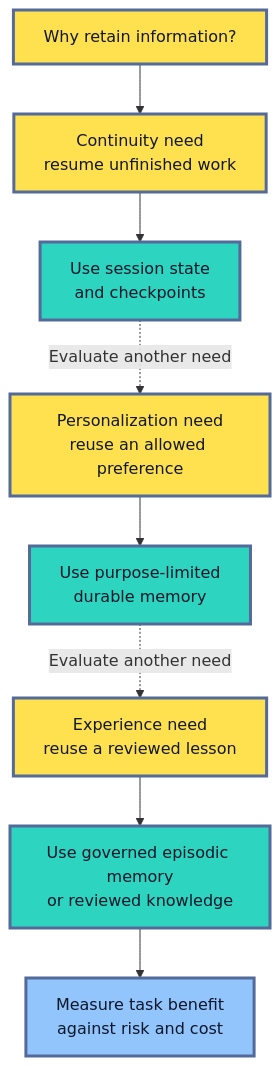
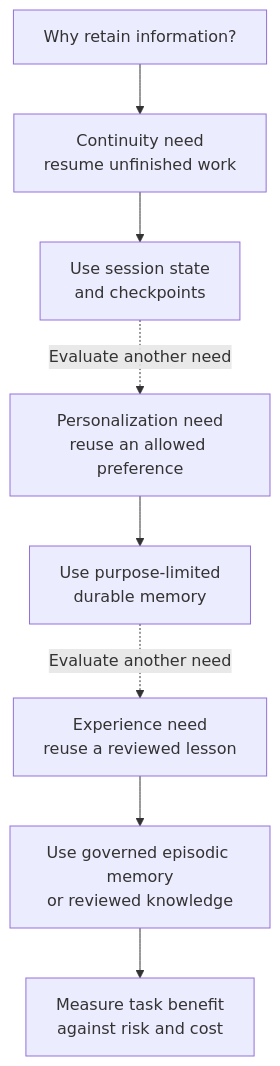
One commit to senlinyy/dev-roadmaps changed the second of 14 diagrams in roadmaps/mlops/modules/llmops/context-engineering/03-memory-and-state.md. Above: the diagram before and after it, drawn with Mermaid. The commit also changed other lines of this file and 152 other files, not shown here.

Commit message:
feat: mlops and diagrams updated

````diff
--- a/roadmaps/mlops/modules/llmops/context-engineering/03-memory-and-state.md
+++ b/roadmaps/mlops/modules/llmops/context-engineering/03-memory-and-state.md
@@ -143,17 +139,14 @@
 ```mermaid
 flowchart TD
     A["Why retain information?"] --> B["Continuity need<br/>resume unfinished work"]
     B --> C["Use session state<br/>and checkpoints"]
     C -. "Evaluate another need" .-> D["Personalization need<br/>reuse an allowed preference"]
     D --> E["Use purpose-limited<br/>durable memory"]
     E -. "Evaluate another need" .-> F["Experience need<br/>reuse a reviewed lesson"]
     F --> G["Use governed episodic memory<br/>or reviewed knowledge"]
     G --> H["Measure task benefit<br/>against risk and cost"]
 
-    classDef need fill:#FFE04F,stroke:#536A9A,stroke-width:3px,color:#111827
-    classDef store fill:#2DD4BF,stroke:#536A9A,stroke-width:3px,color:#0F172A
-    classDef outcome fill:#93C5FD,stroke:#536A9A,stroke-width:3px,color:#0F172A
     class A,B,D,F need
     class C,E,G store
     class H outcome
 ```
````
